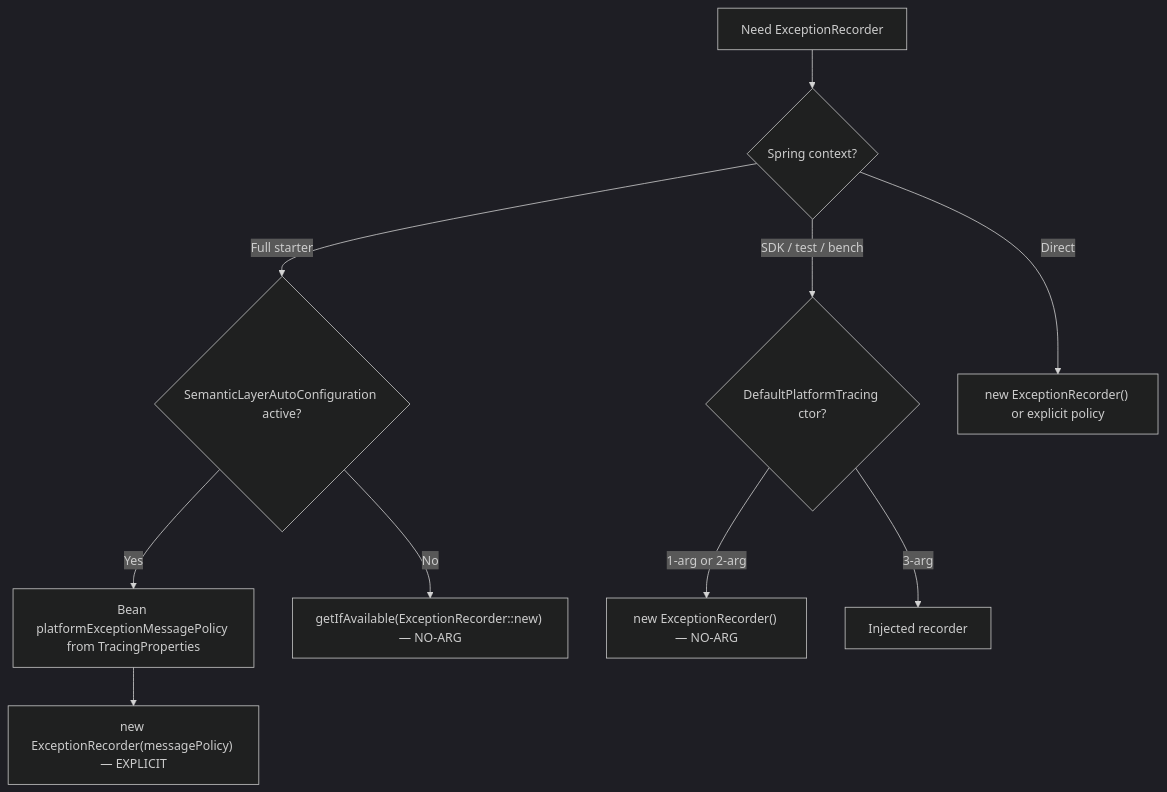
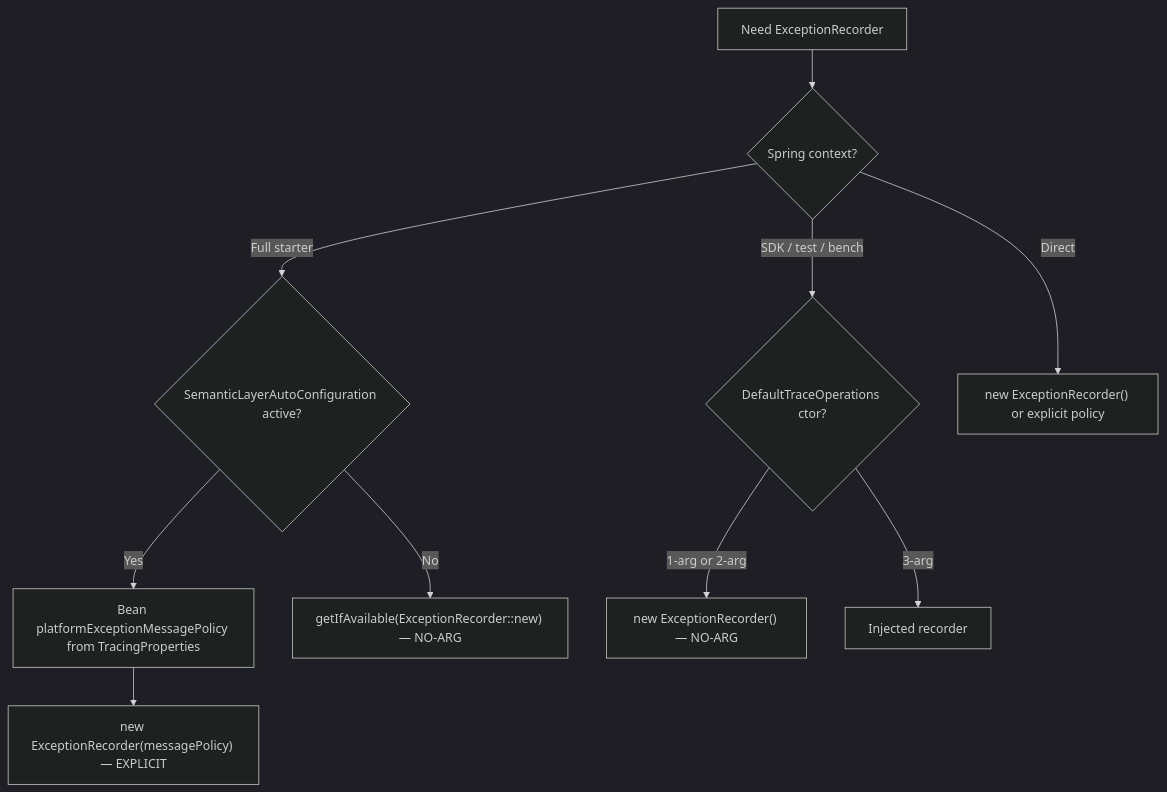
Before and after one commit to andrew3008/EnglishDictionary: the diagram in docs/analysis/exception-recorder-default-constructor-usage.md, drawn with Mermaid (dark theme). The commit also changed other lines of this file and 146 other files, not shown here.

Commit message:
refactor(api): rename root tracing facade to TraceOperations

````diff
--- a/docs/analysis/exception-recorder-default-constructor-usage.md
+++ b/docs/analysis/exception-recorder-default-constructor-usage.md
@@ -168,12 +168,12 @@
 ```mermaid
 flowchart TD
     A[Need ExceptionRecorder] --> B{Spring context?}
     B -->|Full starter| C{SemanticLayerAutoConfiguration active?}
     C -->|Yes| D[Bean platformExceptionMessagePolicy from TracingProperties]
     D --> E["new ExceptionRecorder(messagePolicy) — EXPLICIT"]
     C -->|No| F["getIfAvailable(ExceptionRecorder::new) — NO-ARG"]
-    B -->|SDK / test / bench| G{DefaultPlatformTracing ctor?}
+    B -->|SDK / test / bench| G{DefaultTraceOperations ctor?}
     G -->|1-arg or 2-arg| H["new ExceptionRecorder() — NO-ARG"]
     G -->|3-arg| I[Injected recorder]
     B -->|Direct| J["new ExceptionRecorder() or explicit policy"]
 ```
````
